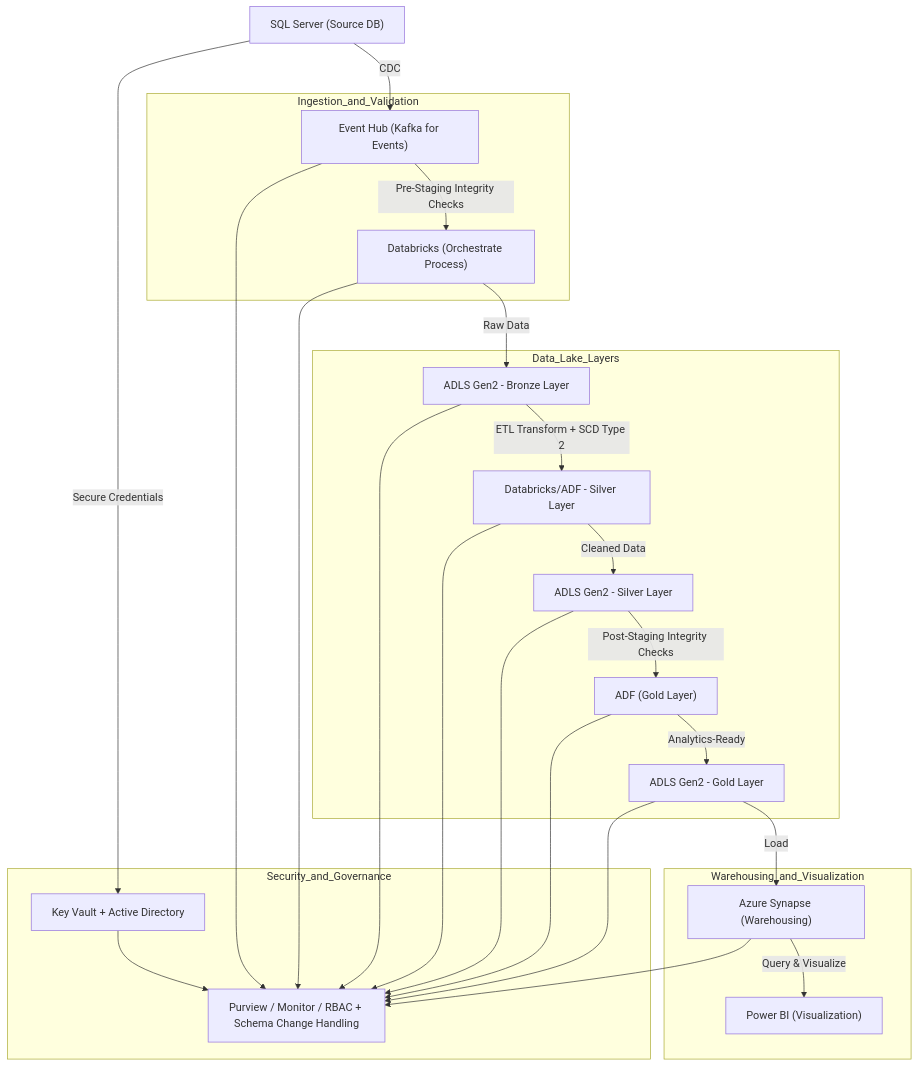
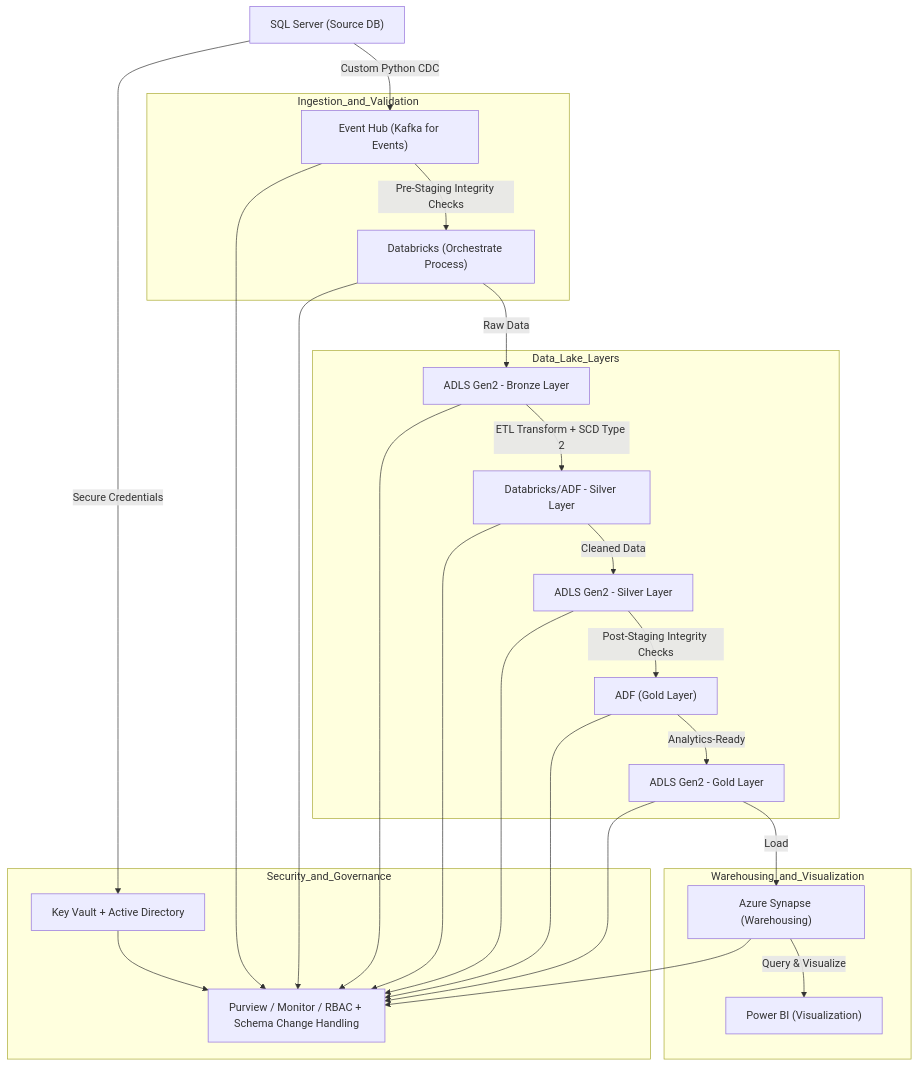
One commit to scientistigwe/azure-clinical-data-warehouse-maplewood changed the diagram in README.md. Above: the diagram before and after it, drawn with Mermaid. The commit also changed other lines of this file and 33 other files, not shown here.

````diff
--- a/README.md
+++ b/README.md
@@ -26,26 +26,26 @@
 ```mermaid
 flowchart TD
   A["SQL Server (Source DB)"] -->|Secure Credentials| B["Key Vault + Active Directory"]
-  A -->|CDC| C["Event Hub (Kafka for Events)"]
+  A -->|Custom Python CDC| C["Event Hub (Kafka for Events)"]
 
   subgraph Ingestion_and_Validation
     C -->|Pre-Staging Integrity Checks| D["Databricks (Orchestrate Process)"]
   end
 
   subgraph Data_Lake_Layers
     D -->|Raw Data| E["ADLS Gen2 - Bronze Layer"]
     E -->|ETL Transform + SCD Type 2| F["Databricks/ADF - Silver Layer"]
     F -->|Cleaned Data| G["ADLS Gen2 - Silver Layer"]
     G -->|Post-Staging Integrity Checks| H["ADF (Gold Layer)"]
     H -->|Analytics-Ready| I["ADLS Gen2 - Gold Layer"]
   end
 
   subgraph Warehousing_and_Visualization
     I -->|Load| J["Azure Synapse (Warehousing)"]
     J -->|Query & Visualize| K["Power BI (Visualization)"]
   end
 
   subgraph Security_and_Governance
     B & C & D & E & F & G & H & I & J --> L["Purview / Monitor / RBAC + Schema Change Handling"]
   end
 ```
````
